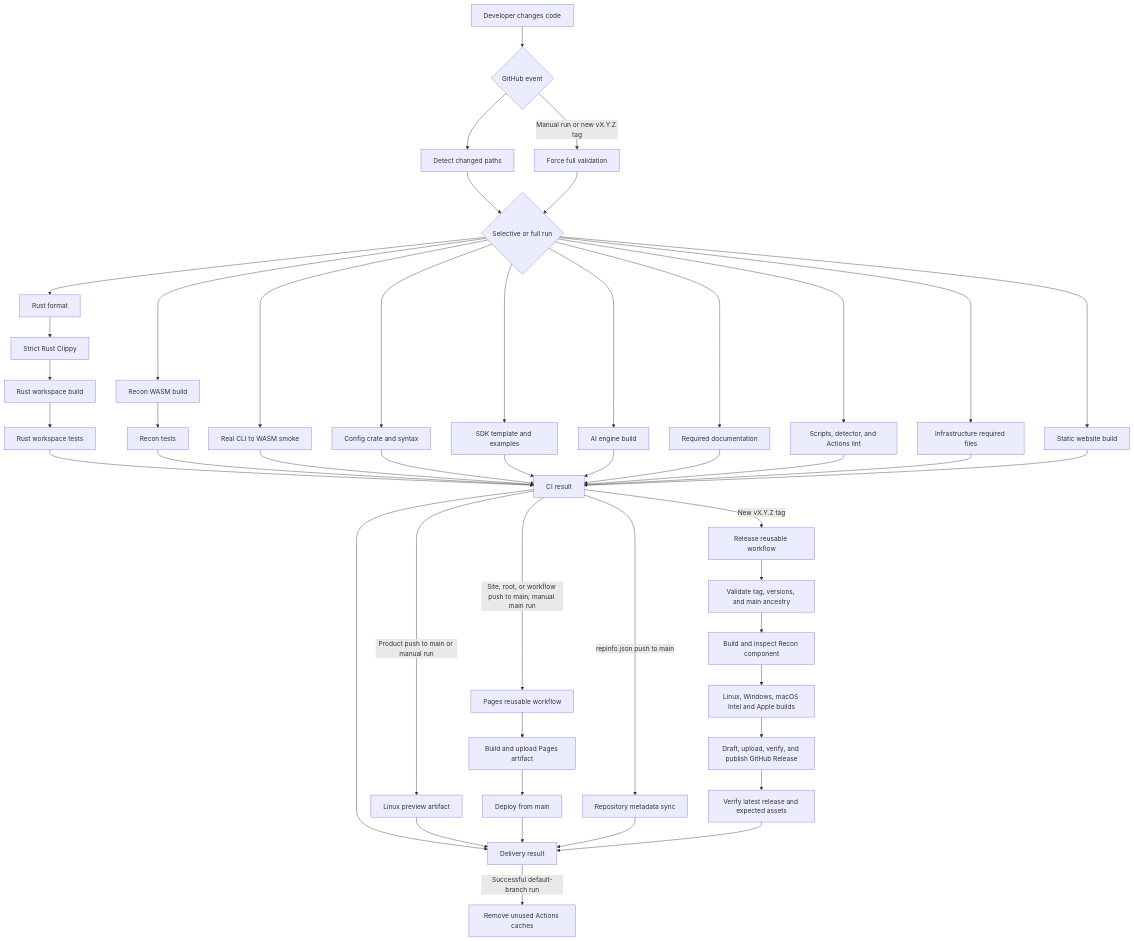
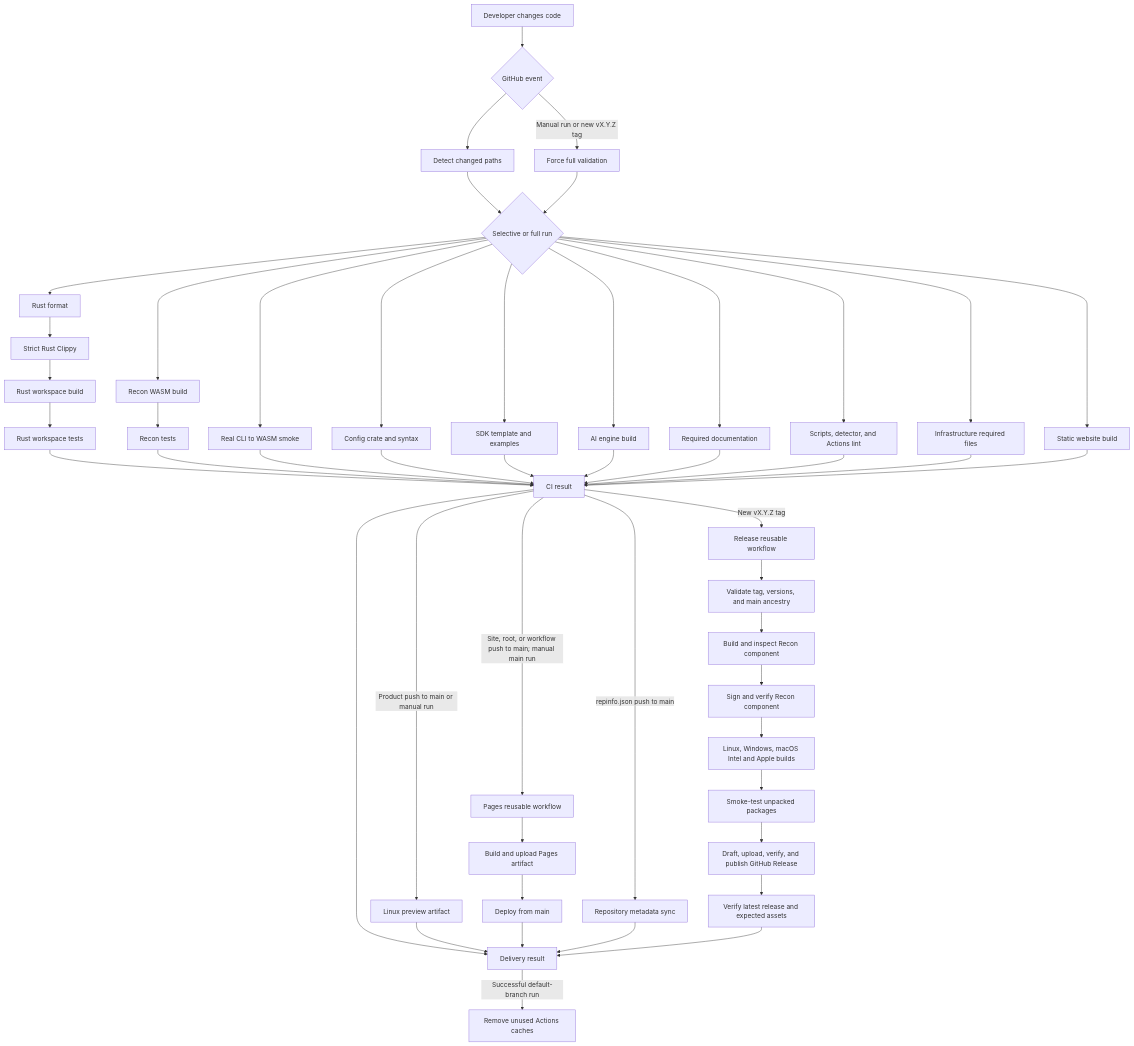
One commit to anonto42/poly.glid_security_workspace changed the diagram in docs/development/CI_DELIVERY.md. Above: the diagram before and after it, drawn with Mermaid. The commit also changed other lines of this file and 50 other files, not shown here.

````diff
--- a/docs/development/CI_DELIVERY.md
+++ b/docs/development/CI_DELIVERY.md
@@ -10,55 +10,57 @@
 ```mermaid
 flowchart TD
     Change[Developer changes code] --> Event{GitHub event}
     Event --> Detect[Detect changed paths]
     Detect --> Scope{Selective or full run}
     Event -->|Manual run or new vX.Y.Z tag| Full[Force full validation]
     Full --> Scope
 
     Scope --> Format[Rust format]
     Format --> Clippy[Strict Rust Clippy]
     Clippy --> Build[Rust workspace build]
     Build --> Tests[Rust workspace tests]
 
     Scope --> WasmBuild[Recon WASM build]
     WasmBuild --> WasmTests[Recon tests]
     Scope --> Smoke[Real CLI to WASM smoke]
     Scope --> Config[Config crate and syntax]
     Scope --> SDK[SDK template and examples]
     Scope --> AI[AI engine build]
     Scope --> Docs[Required documentation]
     Scope --> Ops[Scripts, detector, and Actions lint]
     Scope --> Infra[Infrastructure required files]
     Scope --> Site[Static website build]
 
     Tests --> Result[CI result]
     WasmTests --> Result
     Smoke --> Result
     Config --> Result
     SDK --> Result
     AI --> Result
     Docs --> Result
     Ops --> Result
     Infra --> Result
     Site --> Result
 
     Result --> Delivery[Delivery result]
     Result -->|Product push to main or manual run| Preview[Linux preview artifact]
     Result -->|Site, root, or workflow push to main; manual main run| Pages[Pages reusable workflow]
     Result -->|repinfo.json push to main| Metadata[Repository metadata sync]
     Result -->|New vX.Y.Z tag| Release[Release reusable workflow]
 
     Pages --> PagesBuild[Build and upload Pages artifact]
     PagesBuild --> PagesDeploy[Deploy from main]
     Release --> Preflight[Validate tag, versions, and main ancestry]
     Preflight --> Plugin[Build and inspect Recon component]
-    Plugin --> Matrix[Linux, Windows, macOS Intel and Apple builds]
-    Matrix --> Publish[Draft, upload, verify, and publish GitHub Release]
+    Plugin --> Sign[Sign and verify Recon component]
+    Sign --> Matrix[Linux, Windows, macOS Intel and Apple builds]
+    Matrix --> PackageSmoke[Smoke-test unpacked packages]
+    PackageSmoke --> Publish[Draft, upload, verify, and publish GitHub Release]
     Publish --> VerifyLatest[Verify latest release and expected assets]
 
     Preview --> Delivery
     PagesDeploy --> Delivery
     Metadata --> Delivery
     VerifyLatest --> Delivery
     Delivery -->|Successful default-branch run| Cache[Remove unused Actions caches]
 ```
````
